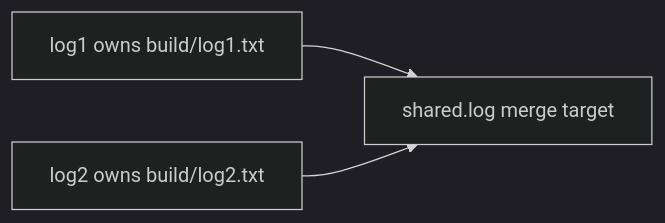
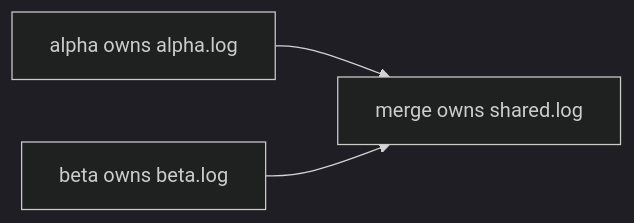
One commit to bijux/bijux-masterclass changed the fourth of 4 diagrams in programs/reproducible-research/deep-dive-make/course-book/module-09-performance-observability-incident-response/exercise-answers.md. Above: the diagram before and after it, drawn with Mermaid (dark theme). The commit also changed other lines of this file, not shown here.

````diff
--- a/programs/reproducible-research/deep-dive-make/course-book/module-09-performance-observability-incident-response/exercise-answers.md
+++ b/programs/reproducible-research/deep-dive-make/course-book/module-09-performance-observability-incident-response/exercise-answers.md
@@ -322,5 +363,5 @@
 ```mermaid
 flowchart LR
-  log1["log1 owns build/log1.txt"] --> merge["shared.log merge target"]
-  log2["log2 owns build/log2.txt"] --> merge
+  alpha["alpha owns alpha.log"] --> merge["merge owns shared.log"]
+  beta["beta owns beta.log"] --> merge
 ```
````
